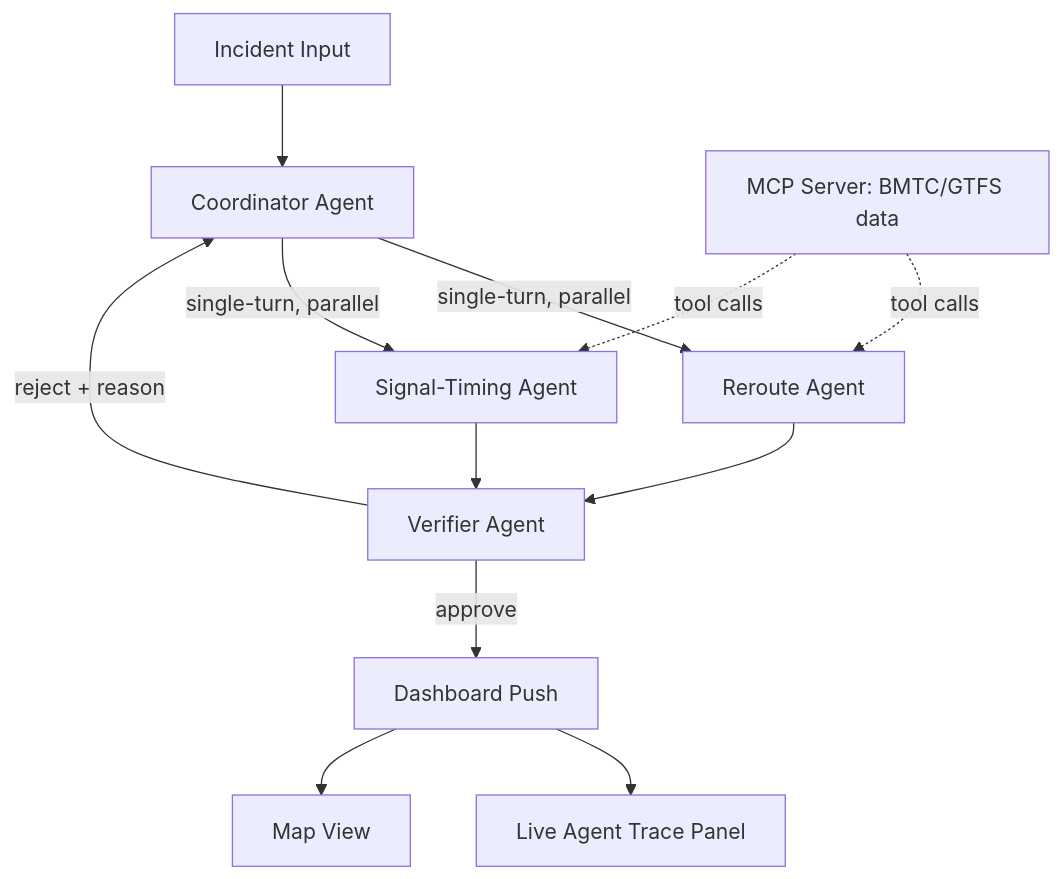
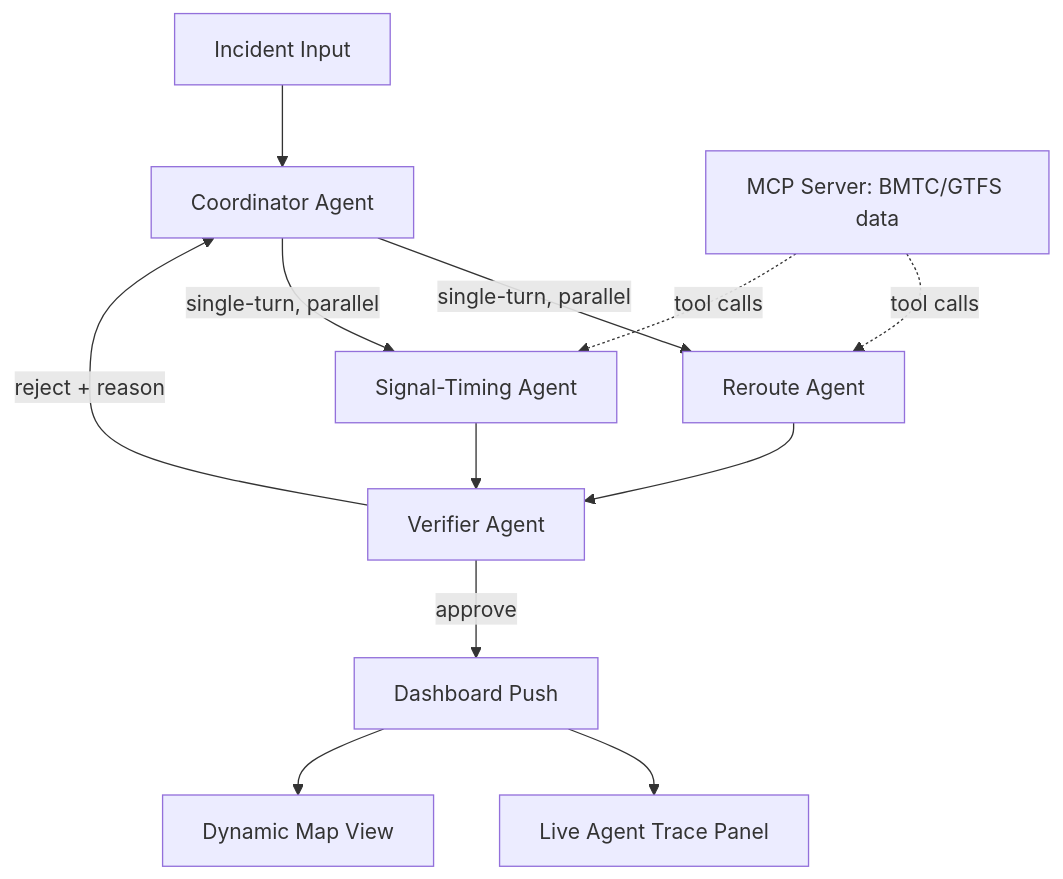
One commit to nish-debug15/PROJECT-SIGNAL changed the diagram in README.md. Above: the diagram before and after it, drawn with Mermaid. The commit also changed other lines of this file, not shown here.

````diff
--- a/README.md
+++ b/README.md
@@ -27,14 +35,14 @@
 ```mermaid
 graph TD
     A[Incident Input] --> B[Coordinator Agent]
     B -->|single-turn, parallel| C[Reroute Agent]
     B -->|single-turn, parallel| D[Signal-Timing Agent]
     C --> E[Verifier Agent]
     D --> E
     E -->|reject + reason| B
     E -->|approve| F[Dashboard Push]
     G[MCP Server: BMTC/GTFS data] -.tool calls.-> C
     G -.tool calls.-> D
     F --> H[Live Agent Trace Panel]
-    F --> I[Map View]
+    F --> I[Dynamic Map View]
 ```
````
